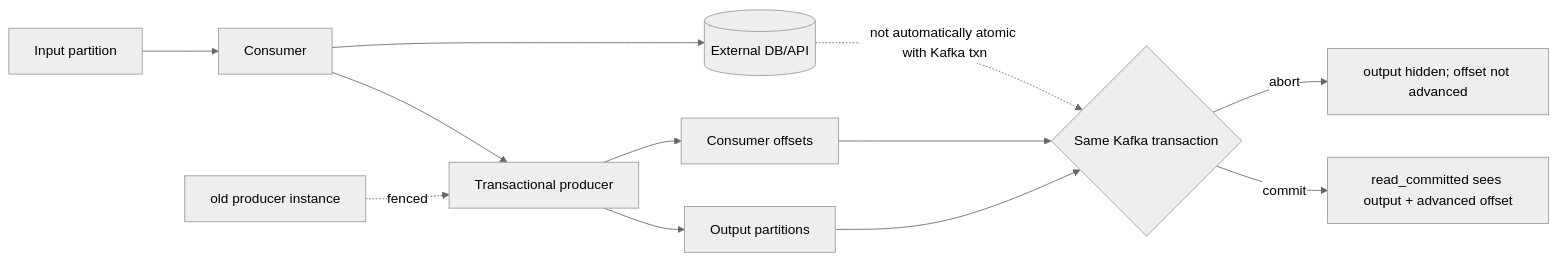
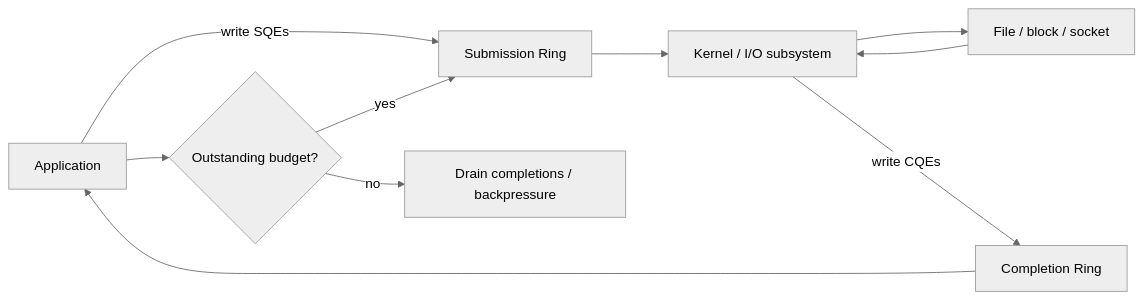
One commit to cebrailbagatarhan/software-engineering-interview-roadmap changed the first of 2 diagrams in daily/2026-09-22/18-00.md. Above: the diagram before and after it, drawn with Mermaid (neutral theme). The commit also changed other lines of this file, not shown here.

````diff
--- a/daily/2026-09-22/18-00.md
+++ b/daily/2026-09-22/18-00.md
@@ -14,14 +14,12 @@
 ```mermaid
 flowchart LR
-  I[Input partition] --> C[Consumer]
-  C --> P[Transactional producer]
-  P --> O[Output partitions]
-  P --> X[Consumer offsets]
-  O --> T{Same Kafka transaction}
-  X --> T
-  T -->|commit| V[read_committed sees output + advanced offset]
-  T -->|abort| R[output hidden; offset not advanced]
-  E[old producer instance] -.fenced.-> P
-  C --> D[(External DB/API)]
-  D -.not automatically atomic with Kafka txn.-> T
+  A[Application] -->|write SQEs| SQ[Submission Ring]
+  SQ --> K[Kernel / I/O subsystem]
+  K --> D[File / block / socket]
+  D --> K
+  K -->|write CQEs| CQ[Completion Ring]
+  CQ --> A
+  A --> B{Outstanding budget?}
+  B -->|yes| SQ
+  B -->|no| W[Drain completions / backpressure]
 ```
````
